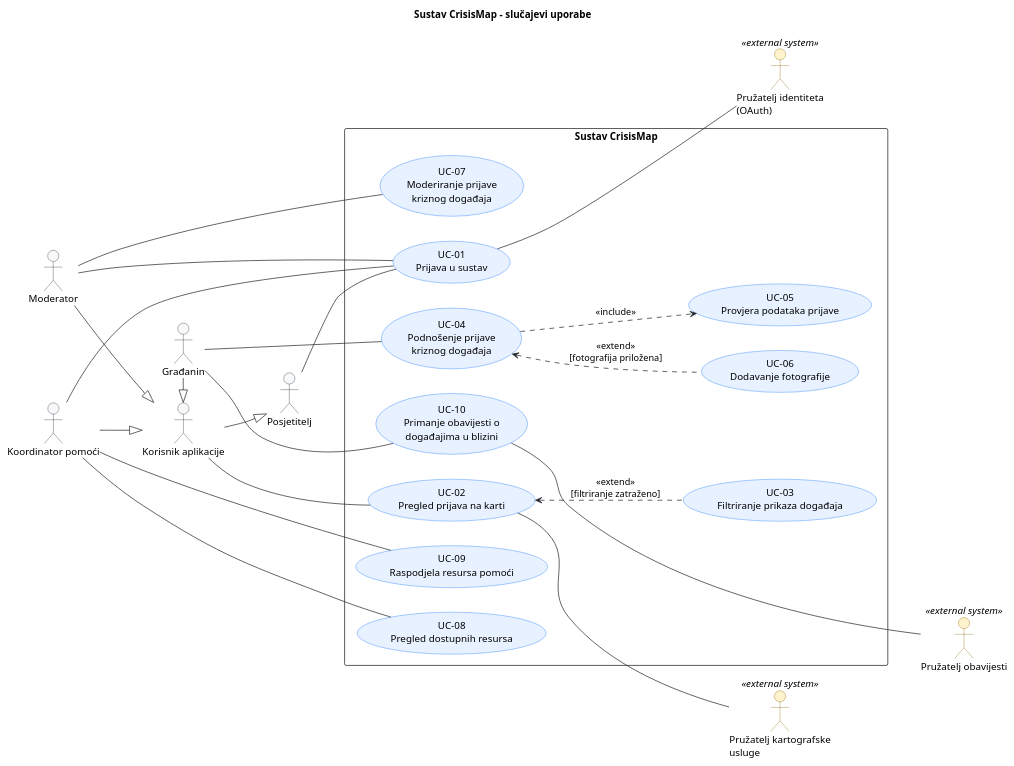
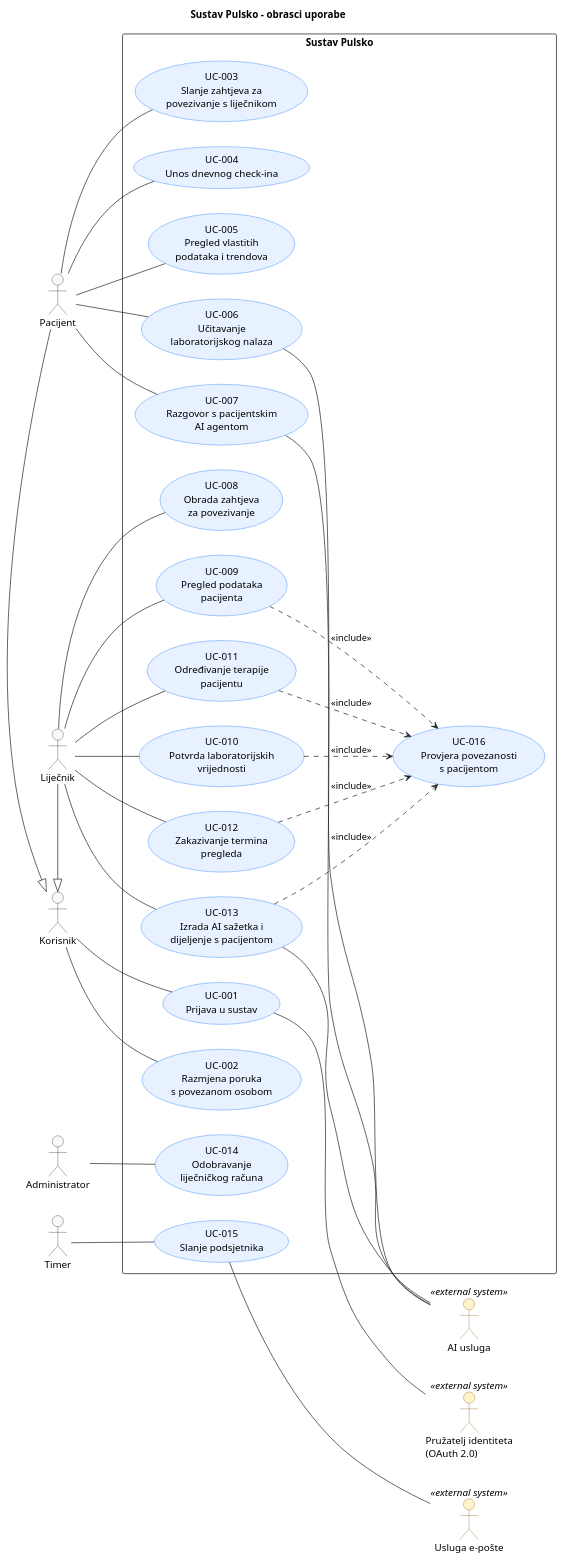
Before and after one commit to RokoCulin/PROINZ26-G04.2-Pulsko: the diagram in docs/puml/3-1-crisismap-system-UC.puml, drawn with PlantUML. The commit also changed other lines of this file, not shown here.

Commit message:
Rename and update use case diagram for Pulsko system
Napravljen je dijagram koji je povezan sa sadržajem 3-Obrasci-uporabe.md datotekom

```diff
--- a/docs/puml/3-1-crisismap-system-UC.puml
+++ b/docs/puml/3-1-crisismap-system-UC.puml
@@ -19,142 +17,121 @@
 @startuml
-title Sustav CrisisMap – slučajevi uporabe
+title Sustav Pulsko – obrasci uporabe
 left to right direction
 
 skinparam shadowing false
 skinparam defaultFontName Arial
 skinparam ArrowColor #212529
 
 skinparam actor {
     BackgroundColor #F8F9FA
     BorderColor #212529
     BackgroundColor<<external system>> #FFF3CD
     BorderColor<<external system>> #856404
 }
 
 skinparam usecase {
     BackgroundColor #E7F1FF
     BorderColor #0D6EFD
 }
 
 ' ==============================================================================
 ' Primarni akteri
 ' ==============================================================================
 
-' Akteri su uloge, a ne stanja: nazivi ne sadrže "prijavljen" ni "anoniman".
-' Stanje prijave opisuje bilješka ispod aktera Posjetitelj.
-actor User as "Korisnik aplikacije"
-actor Citizen as "Građanin"
-actor Visitor as "Posjetitelj"
-actor Moderator as "Moderator"
-actor Manager as "Koordinator pomoći"
+actor User as "Korisnik"
+actor Patient as "Pacijent"
+actor Doctor as "Liječnik"
+actor Admin as "Administrator"
+actor Timer as "Timer"
 
-' Sve uloge su specijalizacije korisnika aplikacije, pa im je pregled karte
-' dostupan bez dodatne veze.
-Citizen -|> User
- User -|>  Visitor
-Moderator -|> User
-Manager -|> User
-
-' Samo za raspored na dijagramu.
-Manager -[hidden]down-> Citizen
-Moderator -[hidden]down-> Citizen
-Citizen -[hidden]down-> Visitor
-Visitor -[hidden]down->  User
-
-'note left of Visitor
-'  Posjetitelj nije prijavljen u sustav.
-'  Prijavom (UC-01) postaje Građanin.
-'  Ne može podnijeti prijavu događaja (UC-04).
-'  Ostale uloge pretpostavljaju prijavu.
-'end note
+' Pacijent i liječnik dijele prijavu i poruke preko nadaktera Korisnik.
+Patient -|> User
+Doctor -|> User
 
 ' ==============================================================================
 ' Sekundarni akteri (vanjski sustavi)
 ' ==============================================================================
 
-actor "Pružatelj identiteta\n(OAuth)" as IdP <<external system>>
-actor "Pružatelj obavijesti" as Notifications <<external system>>
-actor "Pružatelj kartografske\nusluge" as Maps <<external system>>
+actor "Pružatelj identiteta\n(OAuth 2.0)" as IdP <<external system>>
+actor "AI usluga" as AI <<external system>>
+actor "Usluga e-pošte" as Email <<external system>>
 
 ' ==============================================================================
 ' Granica sustava
 ' ==============================================================================
 
-rectangle "Sustav CrisisMap" as CrisisMap {
+rectangle "Sustav Pulsko" as Pulsko {
 
-    ' Pristup
-    (UC-01\nPrijava u sustav) as UC_SignIn
+    ' Zajedničko
+    (UC-001\nPrijava u sustav) as UC_SignIn
+    (UC-002\nRazmjena poruka\ns povezanom osobom) as UC_Messages
 
-    ' Prijave i karta
-    (UC-02\nPregled prijava na karti) as UC_Map
-    (UC-03\nFiltriranje prikaza događaja) as UC_Filter
-    (UC-04\nPodnošenje prijave\nkriznog događaja) as UC_Report
-    (UC-05\nProvjera podataka prijave) as UC_ValidateReport
-    (UC-06\nDodavanje fotografije) as UC_UploadPhoto
-    (UC-07\nModeriranje prijave\nkriznog događaja) as UC_Moderate
+    ' Pacijent
+    (UC-003\nSlanje zahtjeva za\npovezivanje s liječnikom) as UC_ConnectRequest
+    (UC-004\nUnos dnevnog check-ina) as UC_CheckIn
+    (UC-005\nPregled vlastitih\npodataka i trendova) as UC_Dashboard
+    (UC-006\nUčitavanje\nlaboratorijskog nalaza) as UC_UploadLab
+    (UC-007\nRazgovor s pacijentskim\nAI agentom) as UC_PatientAI
 
-    ' Koordinacija resursa
-    (UC-08\nPregled dostupnih resursa) as UC_Resources
-    (UC-09\nRaspodjela resursa pomoći) as UC_Allocate
+    ' Liječnik
+    (UC-008\nObrada zahtjeva\nza povezivanje) as UC_HandleRequest
+    (UC-009\nPregled podataka\npacijenta) as UC_ViewPatient
+    (UC-010\nPotvrda laboratorijskih\nvrijednosti) as UC_ConfirmLab
+    (UC-011\nOdređivanje terapije\npacijentu) as UC_Therapy
+    (UC-012\nZakazivanje termina\npregleda) as UC_Appointment
+    (UC-013\nIzrada AI sažetka i\ndijeljenje s pacijentom) as UC_DoctorAI
+    (UC-016\nProvjera povezanosti\ns pacijentom) as UC_CheckLink
 
-    ' Obavijesti
-    (UC-10\nPrimanje obavijesti o\ndogađajima u blizini) as UC_Alert
+    ' Administracija i vremenski okidači
+    (UC-014\nOdobravanje\nliječničkog računa) as UC_ApproveDoctor
+    (UC-015\nSlanje podsjetnika) as UC_Reminder
 }
 
 ' ==============================================================================
-' Asocijacije aktera i slučajeva uporabe
+' Asocijacije aktera i obrazaca uporabe
 ' ==============================================================================
 
-User -- UC_Map
+User -- UC_SignIn
+User -- UC_Messages
 
-' Posjetitelj namjerno NEMA vezu s UC-04: podnošenje prijave događaja traži
-' prijavu u sustav jer prijava u ERD-u (4-2) ima obvezan user_id. Posjetitelj
-' može samo pregledavati kartu i prijaviti se.
-Visitor -- UC_SignIn
+Patient -- UC_ConnectRequest
+Patient -- UC_CheckIn
+Patient -- UC_Dashboard
+Patient -- UC_UploadLab
+Patient -- UC_PatientAI
 
-' Moderator i koordinator prijavljuju se istim postupkom. Uloga im se
-' dodjeljuje izvan ovog modela (administracija korisnika nije u opsegu).
-Moderator -- UC_SignIn
-Manager -- UC_SignIn
+Doctor -- UC_HandleRequest
+Doctor -- UC_ViewPatient
+Doctor -- UC_ConfirmLab
+Doctor -- UC_Therapy
+Doctor -- UC_Appointment
+Doctor -- UC_DoctorAI
 
-Citizen -- UC_Report
-Citizen -- UC_Alert
-
-Moderator -- UC_Moderate
-
-Manager -- UC_Resources
-Manager -- UC_Allocate
+Admin -- UC_ApproveDoctor
+Timer -- UC_Reminder
 
 ' ==============================================================================
-' Veze između slučajeva uporabe
+' Veze između obrazaca uporabe
 ' ==============================================================================
 
-' Neobavezno ponašanje koje proširuje potpuni osnovni slučaj.
-UC_Map <.. UC_Filter : <<extend>>\n[filtriranje zatraženo]
+' Liječnik smije raditi samo s pacijentom koji je prihvatio povezivanje;
+' provjera se uvijek izvodi.
+UC_ViewPatient ..> UC_CheckLink : <<include>>
+UC_ConfirmLab ..> UC_CheckLink : <<include>>
+UC_Therapy ..> UC_CheckLink : <<include>>
+UC_Appointment ..> UC_CheckLink : <<include>>
+UC_DoctorAI ..> UC_CheckLink : <<include>>
 
-UC_Report <.. UC_UploadPhoto : <<extend>>\n[fotografija priložena]
-
-' Obvezno ponašanje koje se uvijek izvodi pri podnošenju prijave.
-UC_Report ..> UC_ValidateReport : <<include>>
-
-' Prijava namjerno NIJE <<include>> zaštićenih slučajeva (UC-04, UC-07,
-' UC-08, UC-09, UC-10): korisnik je već prijavljen prije njihova početka.
-' Prijava je preduvjet, a <<include>> bi bio ispravan tek da se uvijek
-' izvodi unutar samog slučaja.
+' Prijava namjerno NIJE <<include>> ostalih obrazaca: korisnik je prijavljen
+' prije njihova početka, pa je prijava preduvjet.
 
 ' ==============================================================================
 ' Interakcije sa sekundarnim akterima
 ' ==============================================================================
 
 UC_SignIn -- IdP
-
-' Kartografska usluga je prikazana jer je ključna vanjska ovisnost. U strožem
-' modelu usmjerenom na ciljeve pojavila bi se tek u arhitekturnom prikazu.
-UC_Map -right- Maps
-
-UC_Alert -right- Notifications
-
-' Samo za raspored vanjskih sustava u jednom stupcu.
-Maps -[hidden]left-> IdP 
-Maps -[hidden]down-> Notifications
+UC_UploadLab -- AI
+UC_PatientAI -- AI
+UC_DoctorAI -- AI
+UC_Reminder -- Email
 @enduml
```
